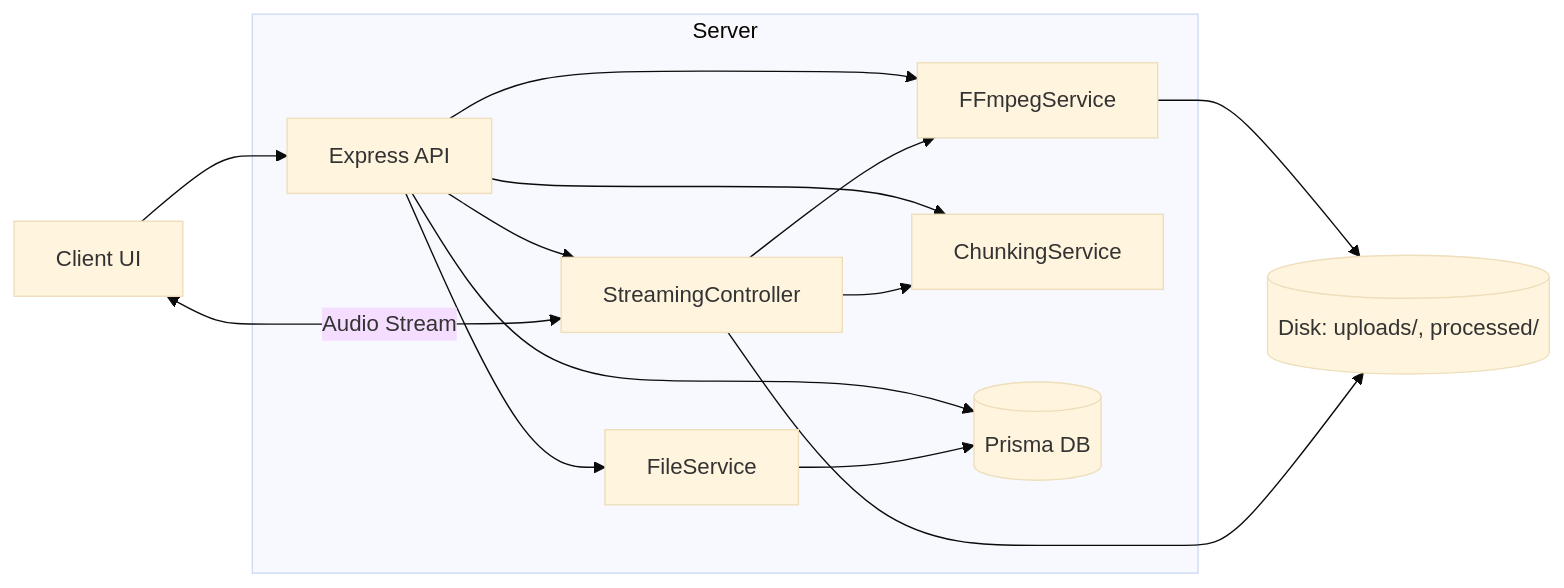
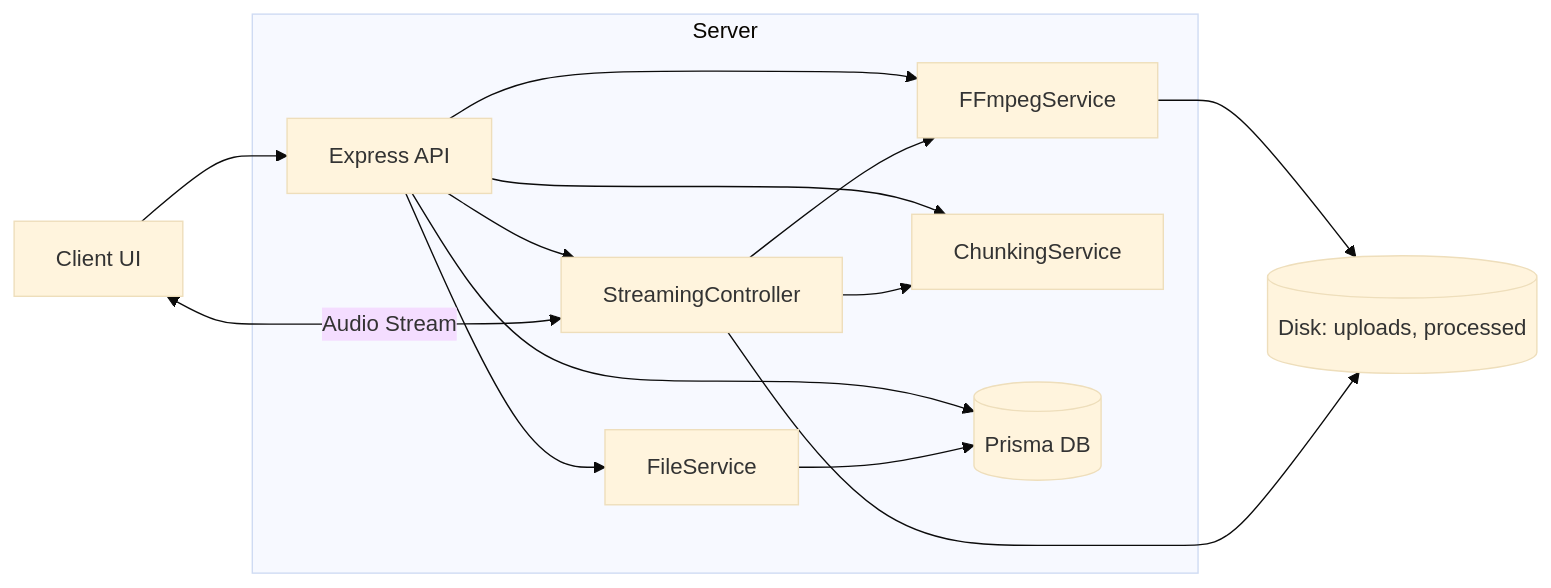
Before and after one commit to getabalewKemaw/TelePlay: the first of 2 diagrams in docs/CURRENT_IMPLEMENTATION.md, drawn with Mermaid (base theme). The commit also changed other lines of this file and 1 other file, not shown here.

Commit message:
docs:fix the mermaind syntax errors for the diagrams

````diff
--- a/docs/CURRENT_IMPLEMENTATION.md
+++ b/docs/CURRENT_IMPLEMENTATION.md
@@ -17,20 +17,20 @@
 ```mermaid
 flowchart LR
-  UI[Client UI] --> API[Express API]
+  UI["Client UI"] --> API["Express API"]
 
   subgraph Server
-    API --> FS[FileService]
-    API --> FF[FFmpegService]
-    API --> SS[StreamingController]
-    API --> CHK[ChunkingService]
-    API --> DB[(Prisma DB)]
+    API --> FS["FileService"]
+    API --> FF["FFmpegService"]
+    API --> SS["StreamingController"]
+    API --> CHK["ChunkingService"]
+    API --> DB[("Prisma DB")]
   end
 
   FS --> DB
-  FF --> FSYS[(Disk: uploads/, processed/)]
+  FF --> FSYS[("Disk: uploads, processed")]
   SS --> FF
   SS --> CHK
   SS --> FSYS
 
-  UI <-->|Audio Stream| SS
+  UI <-->|"Audio Stream"| SS
 ```
````
